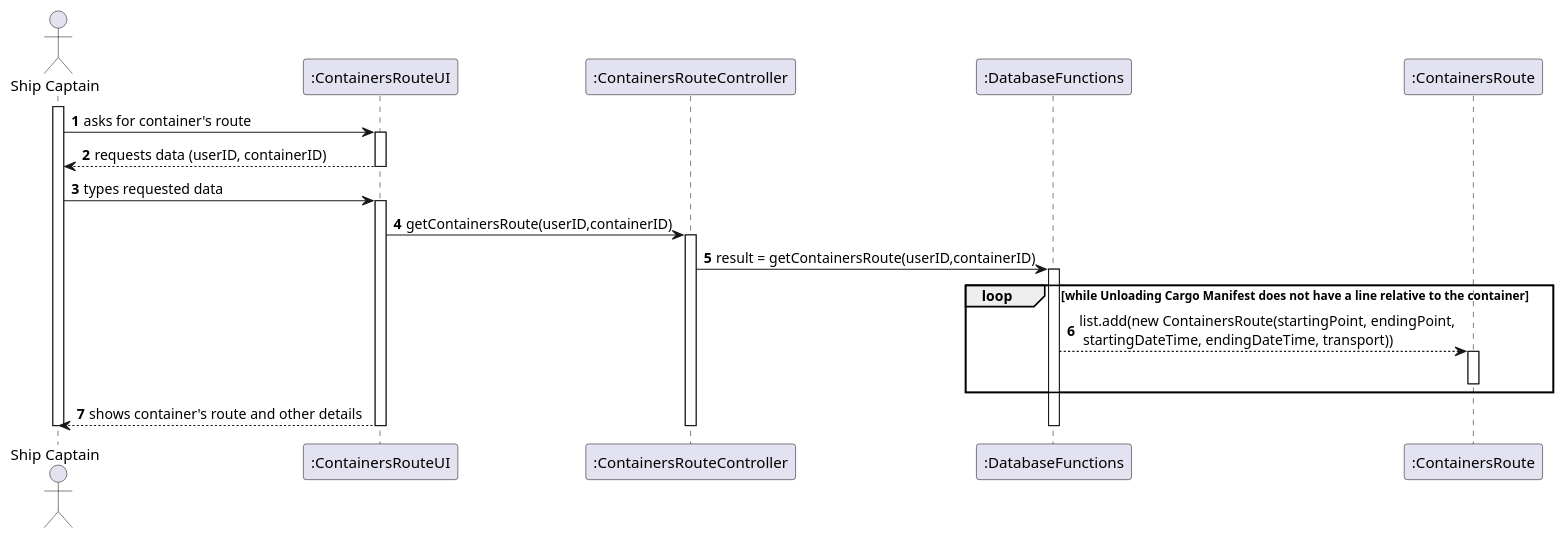
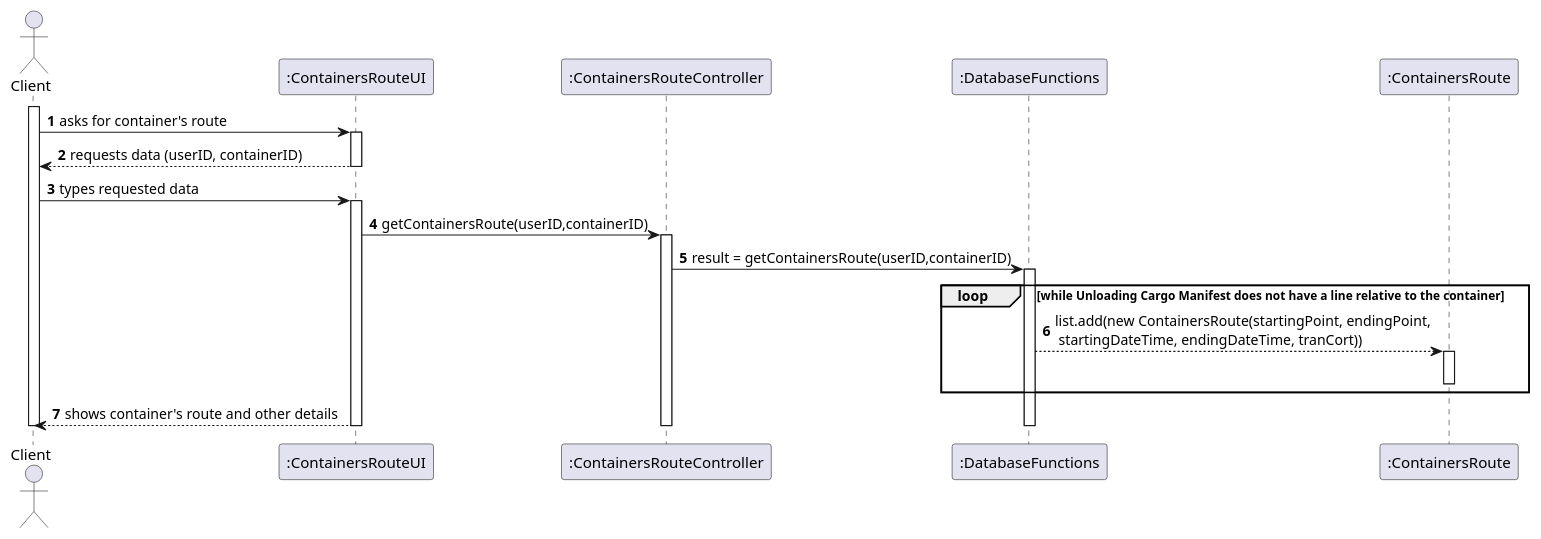
One commit to 1190772/LAB-Project-3 changed the diagram in docs/Sprint 3/US/US305/US305_SD.puml. Above: the diagram before and after it, drawn with PlantUML. The commit also changed 5 other files, not shown here.

```diff
--- a/docs/Sprint 3/US/US305/US305_SD.puml
+++ b/docs/Sprint 3/US/US305/US305_SD.puml
@@ -1,46 +1,46 @@
 @startuml
 'https://plantuml.com/class-diagram
 
 autonumber
 
-actor "Ship Captain" as SP
+actor "Client" as C
 
 participant ":ContainersRouteUI" as UI
 participant ":ContainersRouteController" as CTRL
 participant ":DatabaseFunctions" as DBF
 participant ":ContainersRoute" as CR
 
-activate SP
-SP -> UI : asks for container's route
+activate C
+C -> UI : asks for container's route
 
 activate UI
-UI --> SP : requests data (userID, containerID)
+UI --> C : requests data (userID, containerID)
 deactivate UI
 
-SP -> UI : types requested data
+C -> UI : types requested data
 activate UI
 
 
 
 UI -> CTRL : getContainersRoute(userID,containerID)
 
 activate CTRL
 
 CTRL -> DBF : result = getContainersRoute(userID,containerID)
 activate DBF
 
 loop while Unloading Cargo Manifest does not have a line relative to the container
 
-    DBF --> CR : list.add(new ContainersRoute(startingPoint, endingPoint,\n startingDateTime, endingDateTime, transport))
+    DBF --> CR : list.add(new ContainersRoute(startingPoint, endingPoint,\n startingDateTime, endingDateTime, tranCort))
     activate CR
     deactivate CR
 end
 
-"UI" --> SP : shows container's route and other details
+"UI" --> C : shows container's route and other details
 
 deactivate DBF
 deactivate CTRL
 deactivate UI
-deactivate SP
+deactivate C
 
 @enduml
```
